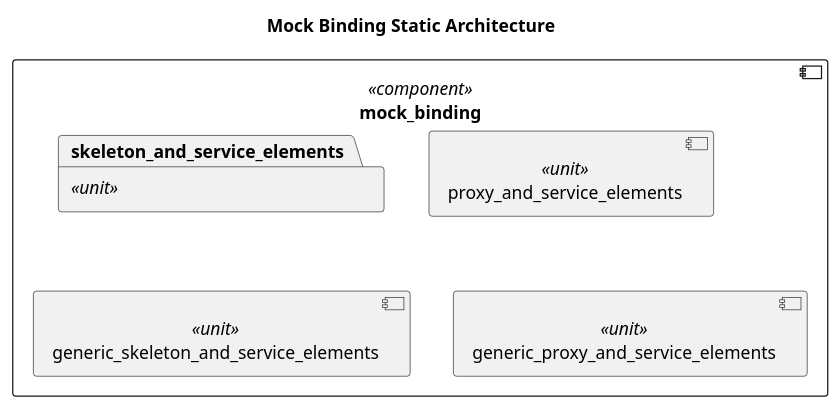
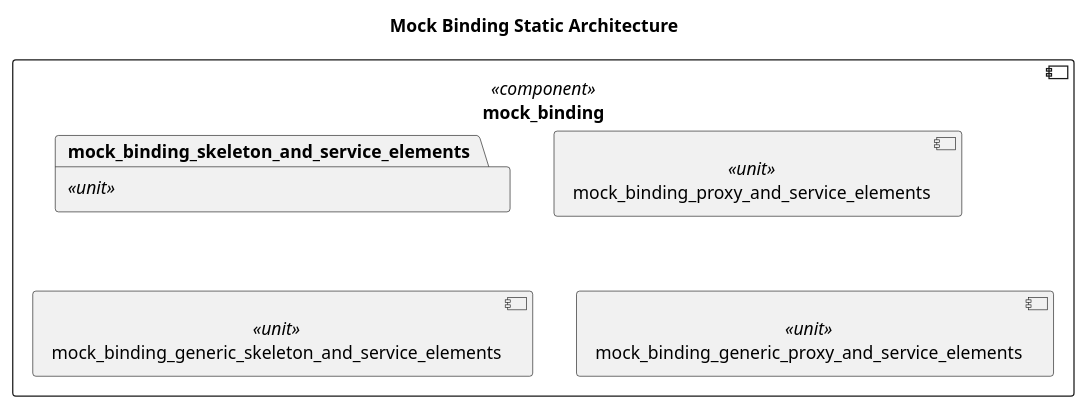
One commit to eclipse-score/communication changed the diagram in score/mw/com/dependability/architectural_design/static_design/mock_binding.puml. Above: the diagram before and after it, drawn with PlantUML. The commit also changed 10 other files, not shown here.

```diff
--- a/score/mw/com/dependability/architectural_design/static_design/mock_binding.puml
+++ b/score/mw/com/dependability/architectural_design/static_design/mock_binding.puml
@@ -13,14 +13,14 @@
 @startuml safety_sentinel_mock_binding_design
 title "Mock Binding Static Architecture"
 
 component mock_binding <<component>> {
-  package skeleton_and_service_elements <<unit>>  
+  package mock_binding_skeleton_and_service_elements <<unit>>  
 
-  component proxy_and_service_elements <<unit>>  
+  component mock_binding_proxy_and_service_elements <<unit>>  
 
-  component generic_skeleton_and_service_elements <<unit>>  
+  component mock_binding_generic_skeleton_and_service_elements <<unit>>  
 
-  component generic_proxy_and_service_elements <<unit>>  
+  component mock_binding_generic_proxy_and_service_elements <<unit>>  
 }
 
 @enduml
```
